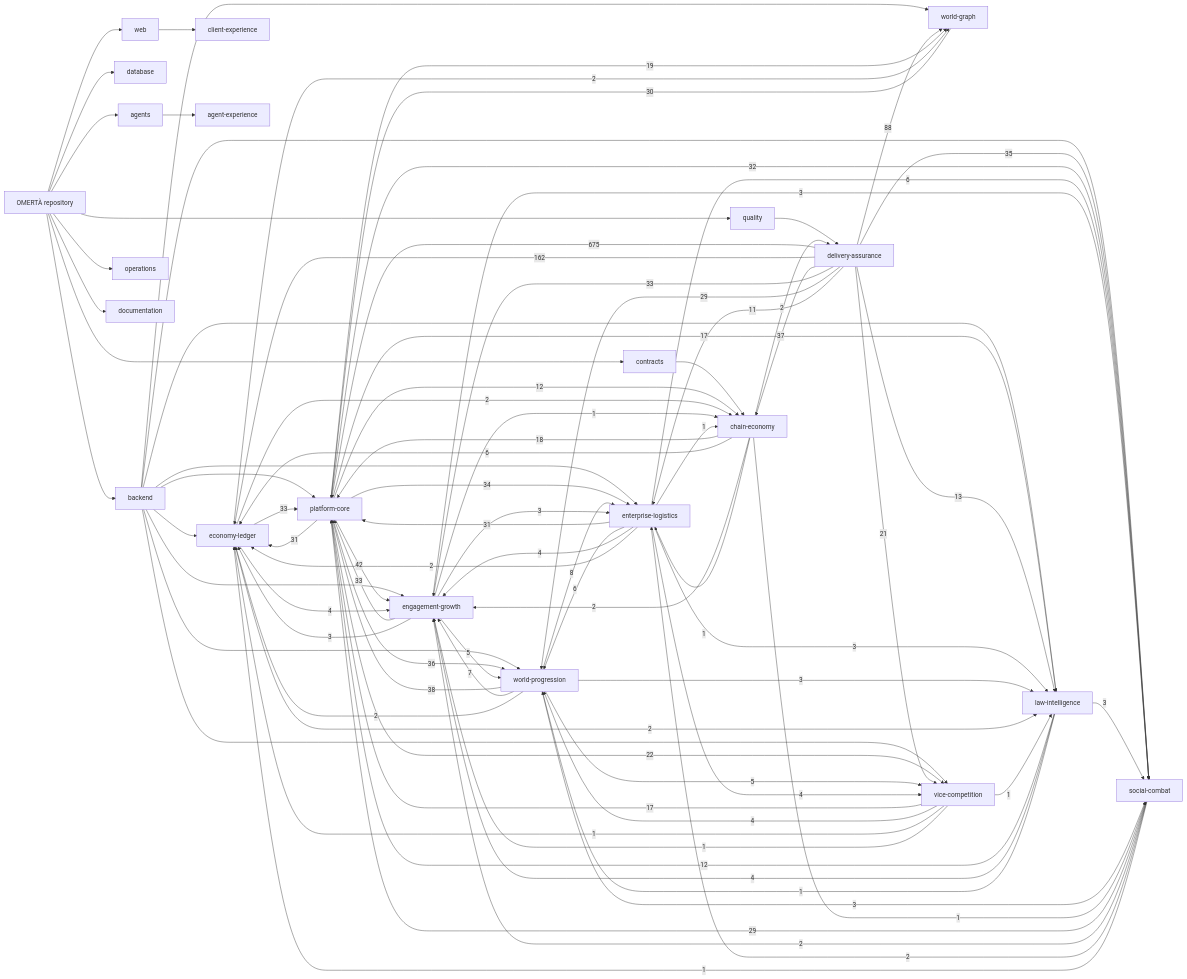
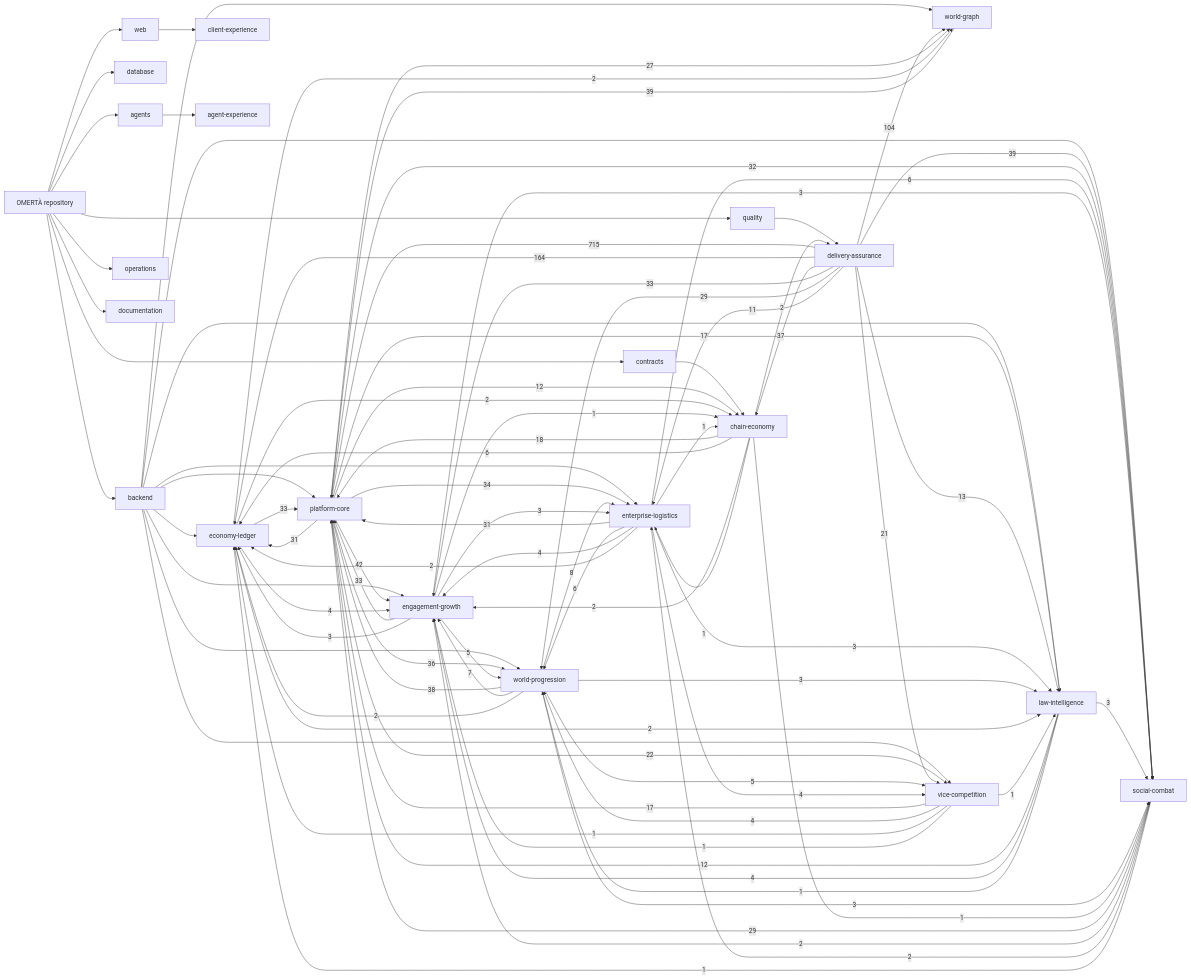
The diagram in knowledge/generated/graph.mmd (OmertaDev/Omerta), drawn with Mermaid before and after one commit. The commit also changed 8 other files, not shown here.

```diff
--- a/knowledge/generated/graph.mmd
+++ b/knowledge/generated/graph.mmd
@@ -1,109 +1,109 @@
 flowchart LR
   repo["OMERTÀ repository"]
   sub_backend["backend"]
   repo --> sub_backend
   sub_database["database"]
   repo --> sub_database
   sub_web["web"]
   repo --> sub_web
   sub_contracts["contracts"]
   repo --> sub_contracts
   sub_agents["agents"]
   repo --> sub_agents
   sub_quality["quality"]
   repo --> sub_quality
   sub_operations["operations"]
   repo --> sub_operations
   sub_documentation["documentation"]
   repo --> sub_documentation
   dom_platform-core["platform-core"]
   dom_economy-ledger["economy-ledger"]
   dom_social-combat["social-combat"]
   dom_world-progression["world-progression"]
   dom_world-graph["world-graph"]
   dom_enterprise-logistics["enterprise-logistics"]
   dom_vice-competition["vice-competition"]
   dom_law-intelligence["law-intelligence"]
   dom_chain-economy["chain-economy"]
   dom_engagement-growth["engagement-growth"]
   dom_client-experience["client-experience"]
   dom_agent-experience["agent-experience"]
   dom_delivery-assurance["delivery-assurance"]
   sub_agents --> dom_agent-experience
   sub_backend --> dom_economy-ledger
   sub_backend --> dom_engagement-growth
   sub_backend --> dom_enterprise-logistics
   sub_backend --> dom_law-intelligence
   sub_backend --> dom_platform-core
   sub_backend --> dom_social-combat
   sub_backend --> dom_vice-competition
   sub_backend --> dom_world-graph
   sub_backend --> dom_world-progression
   sub_contracts --> dom_chain-economy
   sub_quality --> dom_delivery-assurance
   sub_web --> dom_client-experience
-  dom_delivery-assurance -->|675| dom_platform-core
-  dom_delivery-assurance -->|162| dom_economy-ledger
-  dom_delivery-assurance -->|88| dom_world-graph
+  dom_delivery-assurance -->|715| dom_platform-core
+  dom_delivery-assurance -->|164| dom_economy-ledger
+  dom_delivery-assurance -->|104| dom_world-graph
   dom_platform-core -->|42| dom_engagement-growth
+  dom_delivery-assurance -->|39| dom_social-combat
+  dom_world-graph -->|39| dom_platform-core
   dom_world-progression -->|38| dom_platform-core
   dom_delivery-assurance -->|37| dom_chain-economy
   dom_platform-core -->|36| dom_world-progression
-  dom_delivery-assurance -->|35| dom_social-combat
   dom_platform-core -->|34| dom_enterprise-logistics
   dom_delivery-assurance -->|33| dom_engagement-growth
   dom_economy-ledger -->|33| dom_platform-core
   dom_engagement-growth -->|33| dom_platform-core
   dom_platform-core -->|32| dom_social-combat
   dom_enterprise-logistics -->|31| dom_platform-core
   dom_platform-core -->|31| dom_economy-ledger
-  dom_world-graph -->|30| dom_platform-core
   dom_delivery-assurance -->|29| dom_world-progression
   dom_social-combat -->|29| dom_platform-core
+  dom_platform-core -->|27| dom_world-graph
   dom_platform-core -->|22| dom_vice-competition
   dom_delivery-assurance -->|21| dom_vice-competition
-  dom_platform-core -->|19| dom_world-graph
   dom_chain-economy -->|18| dom_platform-core
   dom_platform-core -->|17| dom_law-intelligence
   dom_vice-competition -->|17| dom_platform-core
   dom_delivery-assurance -->|13| dom_law-intelligence
   dom_law-intelligence -->|12| dom_platform-core
   dom_platform-core -->|12| dom_chain-economy
   dom_delivery-assurance -->|11| dom_enterprise-logistics
   dom_world-progression -->|8| dom_enterprise-logistics
   dom_world-progression -->|7| dom_engagement-growth
   dom_chain-economy -->|6| dom_economy-ledger
   dom_enterprise-logistics -->|6| dom_social-combat
   dom_enterprise-logistics -->|6| dom_world-progression
   dom_engagement-growth -->|5| dom_world-progression
   dom_world-progression -->|5| dom_vice-competition
   dom_economy-ledger -->|4| dom_engagement-growth
   dom_enterprise-logistics -->|4| dom_engagement-growth
   dom_enterprise-logistics -->|4| dom_vice-competition
   dom_law-intelligence -->|4| dom_engagement-growth
   dom_vice-competition -->|4| dom_world-progression
   dom_engagement-growth -->|3| dom_economy-ledger
   dom_engagement-growth -->|3| dom_enterprise-logistics
   dom_engagement-growth -->|3| dom_social-combat
   dom_enterprise-logistics -->|3| dom_law-intelligence
   dom_law-intelligence -->|3| dom_social-combat
   dom_world-progression -->|3| dom_law-intelligence
   dom_world-progression -->|3| dom_social-combat
   dom_chain-economy -->|2| dom_delivery-assurance
   dom_chain-economy -->|2| dom_engagement-growth
   dom_economy-ledger -->|2| dom_chain-economy
   dom_economy-ledger -->|2| dom_law-intelligence
   dom_economy-ledger -->|2| dom_world-graph
   dom_enterprise-logistics -->|2| dom_economy-ledger
   dom_social-combat -->|2| dom_engagement-growth
   dom_social-combat -->|2| dom_enterprise-logistics
   dom_world-progression -->|2| dom_economy-ledger
   dom_chain-economy -->|1| dom_enterprise-logistics
   dom_chain-economy -->|1| dom_social-combat
   dom_engagement-growth -->|1| dom_chain-economy
   dom_enterprise-logistics -->|1| dom_chain-economy
   dom_law-intelligence -->|1| dom_world-progression
   dom_social-combat -->|1| dom_economy-ledger
   dom_vice-competition -->|1| dom_economy-ledger
   dom_vice-competition -->|1| dom_engagement-growth
   dom_vice-competition -->|1| dom_law-intelligence
```
